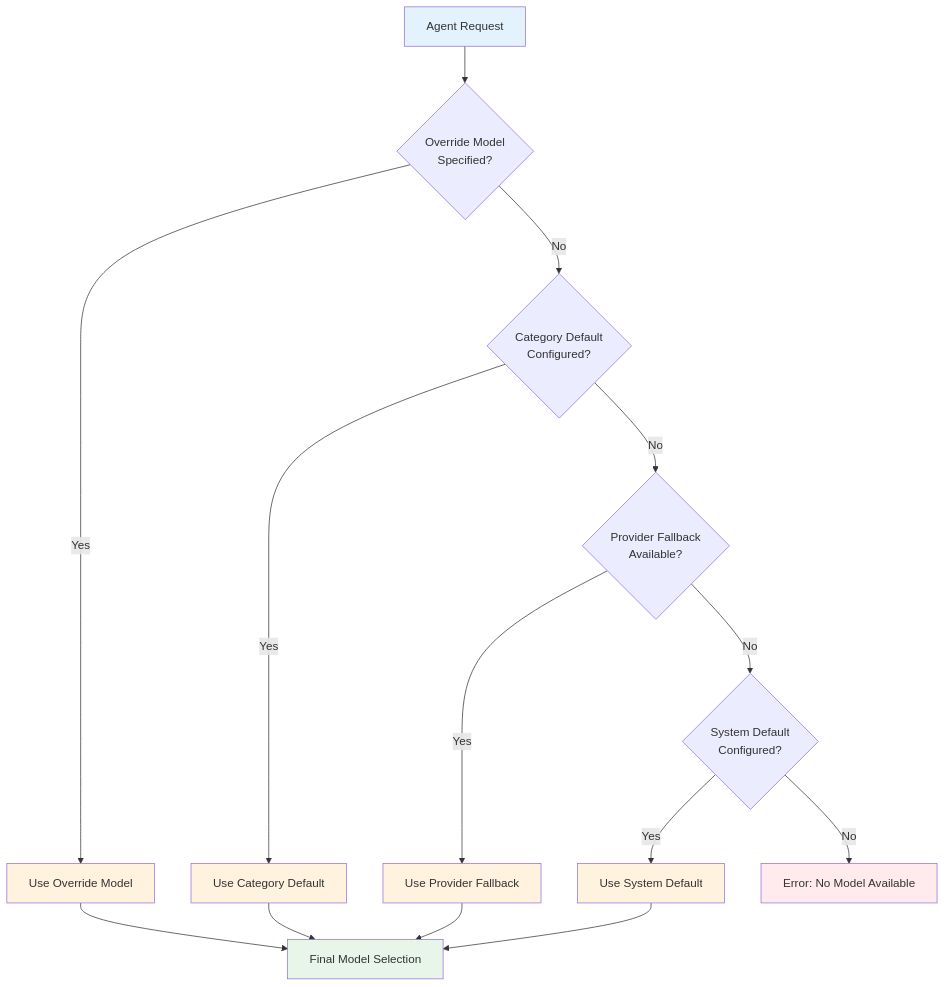
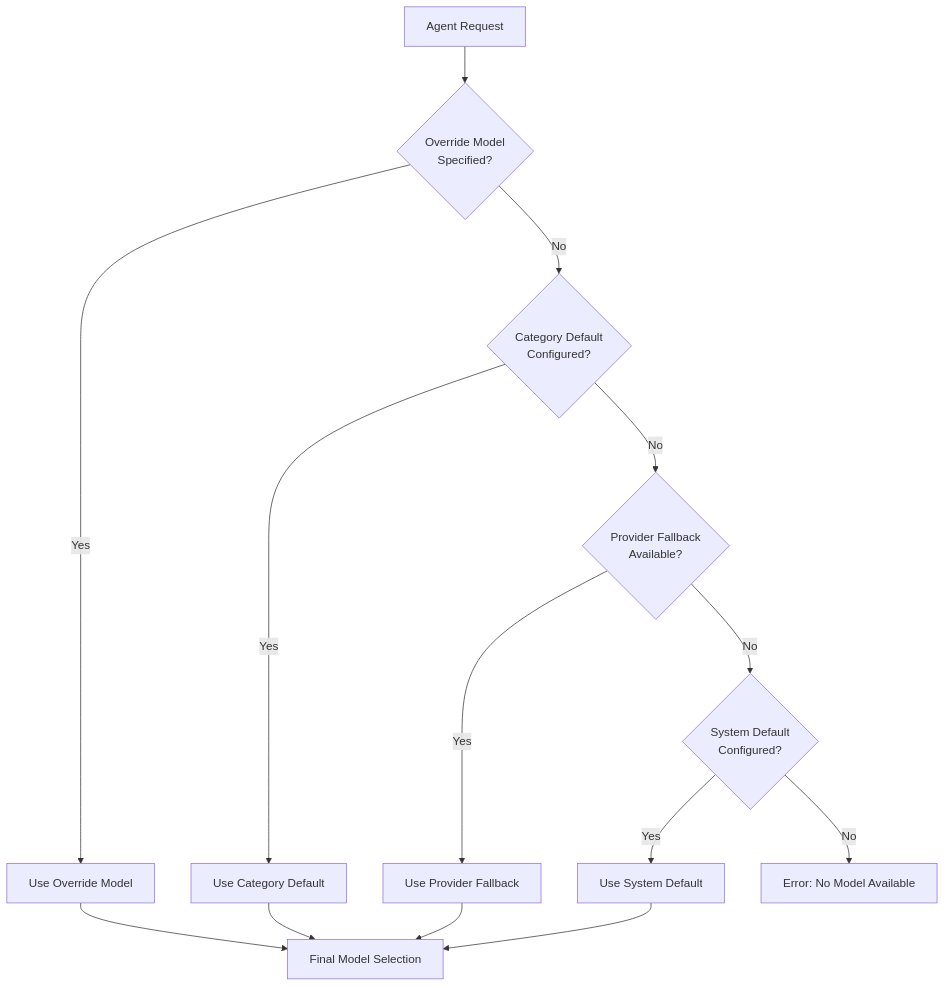
The sixth of 6 diagrams in 09-advanced-en.md (yuexiaoliang/prompt-engineering-learning), drawn with Mermaid before and after one commit. The commit also changed other lines of this file and 9 other files, not shown here.

First line of the commit message:
fix(prompt-engineering): remove hardcoded mermaid fill styles for theme auto-adaptation

````diff
--- a/09-advanced-en.md
+++ b/09-advanced-en.md
@@ -391,29 +361,22 @@
 ```mermaid
 flowchart TD
     START[Agent Request] --> STEP1{Override Model<br/>Specified?}
     
     STEP1 -->|Yes| USE_OVERRIDE[Use Override Model]
     STEP1 -->|No| STEP2{Category Default<br/>Configured?}
     
     STEP2 -->|Yes| USE_CAT[Use Category Default]
     STEP2 -->|No| STEP3{Provider Fallback<br/>Available?}
     
     STEP3 -->|Yes| USE_PROV[Use Provider Fallback]
     STEP3 -->|No| STEP4{System Default<br/>Configured?}
     
     STEP4 -->|Yes| USE_SYS[Use System Default]
     STEP4 -->|No| ERROR[Error: No Model Available]
     
     USE_OVERRIDE --> FINAL[Final Model Selection]
     USE_CAT --> FINAL
     USE_PROV --> FINAL
     USE_SYS --> FINAL
     
-    style START fill:#e3f2fd
-    style FINAL fill:#e8f5e9
-    style ERROR fill:#ffebee
-    style USE_OVERRIDE fill:#fff3e0
-    style USE_CAT fill:#fff3e0
-    style USE_PROV fill:#fff3e0
-    style USE_SYS fill:#fff3e0
 ```
````
